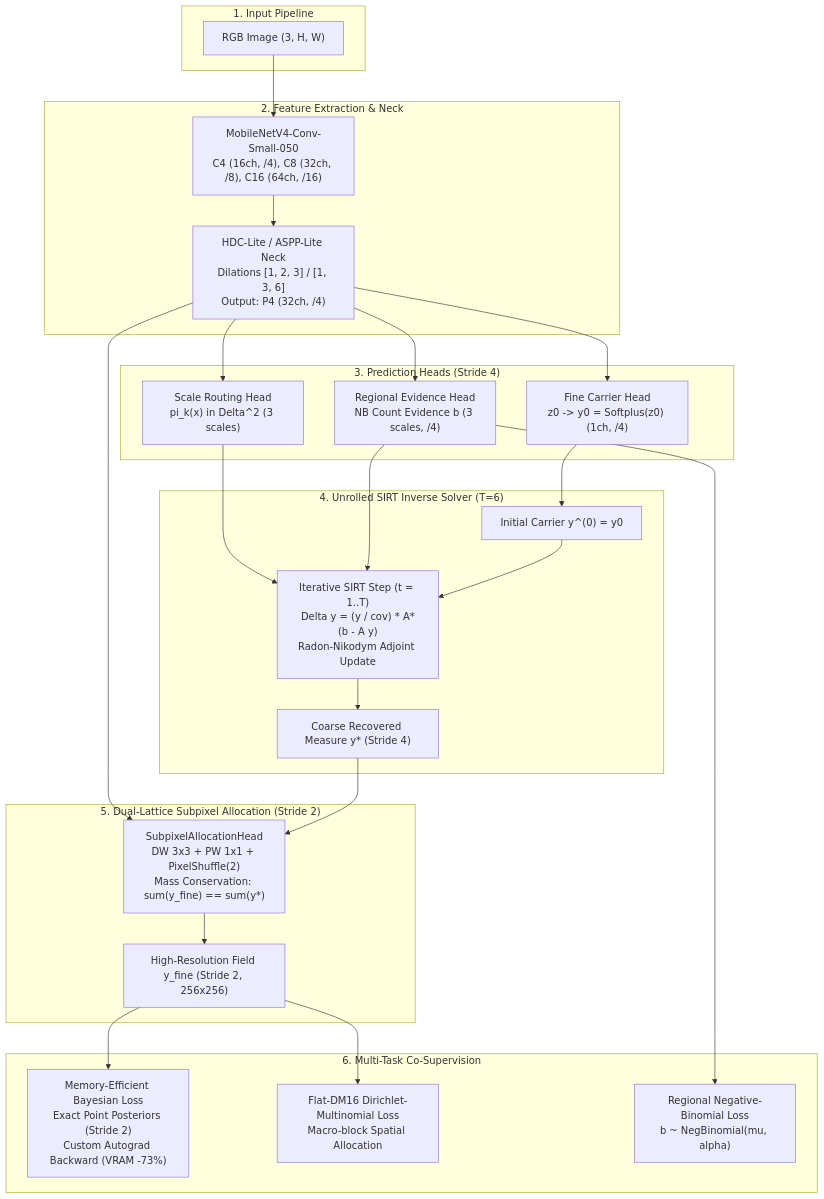
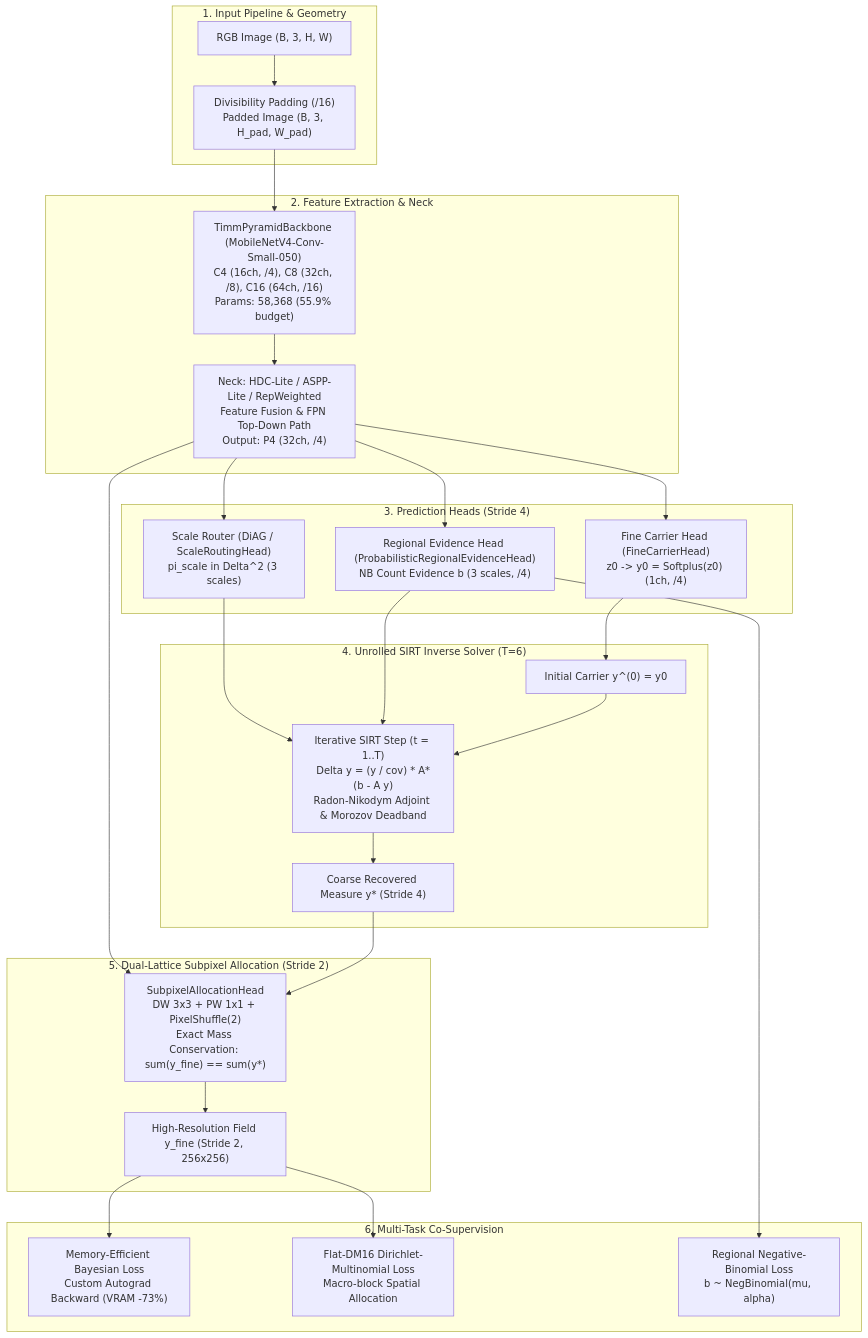
The diagram in docs/code_explanation/README.md (minhphuc477/crowd-counting-lightweight), drawn with Mermaid before and after one commit. The commit also changed other lines of this file and 8 other files, not shown here.

````diff
--- a/docs/code_explanation/README.md
+++ b/docs/code_explanation/README.md
@@ -27,47 +28,49 @@
 ```mermaid
 flowchart TD
-    subgraph Input ["1. Input Pipeline"]
-        IMG["RGB Image (3, H, W)"]
+    subgraph Input ["1. Input Pipeline & Geometry"]
+        IMG["RGB Image (B, 3, H, W)"]
+        PAD["Divisibility Padding (/16)<br/>Padded Image (B, 3, H_pad, W_pad)"]
+        IMG --> PAD
     end
 
     subgraph Encoder ["2. Feature Extraction & Neck"]
-        BB["MobileNetV4-Conv-Small-050<br/>C4 (16ch, /4), C8 (32ch, /8), C16 (64ch, /16)"]
-        NECK["HDC-Lite / ASPP-Lite Neck<br/>Dilations [1, 2, 3] / [1, 3, 6]<br/>Output: P4 (32ch, /4)"]
-        IMG --> BB --> NECK
+        BB["TimmPyramidBackbone (MobileNetV4-Conv-Small-050)<br/>C4 (16ch, /4), C8 (32ch, /8), C16 (64ch, /16)<br/>Params: 58,368 (55.9% budget)"]
+        NECK["Neck: HDC-Lite / ASPP-Lite / RepWeighted<br/>Feature Fusion & FPN Top-Down Path<br/>Output: P4 (32ch, /4)"]
+        PAD --> BB --> NECK
     end
 
     subgraph Heads ["3. Prediction Heads (Stride 4)"]
-        CH["Fine Carrier Head<br/>z0 -> y0 = Softplus(z0) (1ch, /4)"]
-        EH["Regional Evidence Head<br/>NB Count Evidence b (3 scales, /4)"]
-        RH["Scale Routing Head<br/>pi_k(x) in Delta^2 (3 scales)"]
+        CH["Fine Carrier Head (FineCarrierHead)<br/>z0 -> y0 = Softplus(z0) (1ch, /4)"]
+        EH["Regional Evidence Head (ProbabilisticRegionalEvidenceHead)<br/>NB Count Evidence b (3 scales, /4)"]
+        RH["Scale Router (DiAG / ScaleRoutingHead)<br/>pi_scale in Delta^2 (3 scales)"]
         NECK --> CH
         NECK --> EH
         NECK --> RH
     end
 
     subgraph Solver ["4. Unrolled SIRT Inverse Solver (T=6)"]
         INIT["Initial Carrier y^(0) = y0"]
-        STEP["Iterative SIRT Step (t = 1..T)<br/>Delta y = (y / cov) * A*(b - A y)<br/>Radon-Nikodym Adjoint Update"]
+        STEP["Iterative SIRT Step (t = 1..T)<br/>Delta y = (y / cov) * A*(b - A y)<br/>Radon-Nikodym Adjoint & Morozov Deadband"]
         SIRT_OUT["Coarse Recovered Measure y* (Stride 4)"]
         CH --> INIT --> STEP --> SIRT_OUT
         EH --> STEP
         RH --> STEP
     end
 
     subgraph Subpixel ["5. Dual-Lattice Subpixel Allocation (Stride 2)"]
-        SUB_HEAD["SubpixelAllocationHead<br/>DW 3x3 + PW 1x1 + PixelShuffle(2)<br/>Mass Conservation: sum(y_fine) == sum(y*)"]
+        SUB_HEAD["SubpixelAllocationHead<br/>DW 3x3 + PW 1x1 + PixelShuffle(2)<br/>Exact Mass Conservation: sum(y_fine) == sum(y*)"]
         Y_FINE["High-Resolution Field y_fine (Stride 2, 256x256)"]
         SIRT_OUT --> SUB_HEAD
         NECK --> SUB_HEAD
         SUB_HEAD --> Y_FINE
     end
 
     subgraph Losses ["6. Multi-Task Co-Supervision"]
-        BAYES["Memory-Efficient Bayesian Loss<br/>Exact Point Posteriors (Stride 2)<br/>Custom Autograd Backward (VRAM -73%)"]
+        BAYES["Memory-Efficient Bayesian Loss<br/>Custom Autograd Backward (VRAM -73%)"]
         DM["Flat-DM16 Dirichlet-Multinomial Loss<br/>Macro-block Spatial Allocation"]
         EV_LOSS["Regional Negative-Binomial Loss<br/>b ~ NegBinomial(mu, alpha)"]
         Y_FINE --> BAYES
         Y_FINE --> DM
         EH --> EV_LOSS
     end
 ```
````
